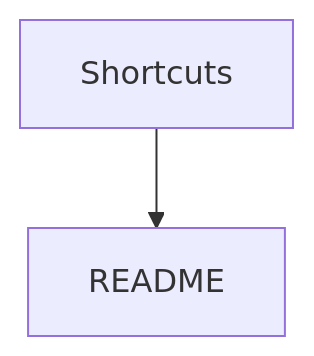
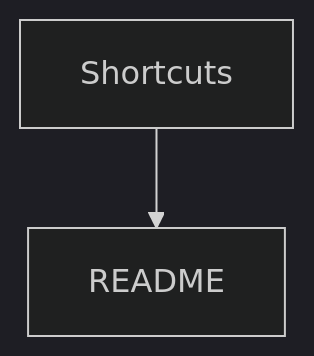
One commit to Ax0l0ti/Uni-Notes changed the third of 3 diagrams in Syncing & Personals/Tips ✨/Format cheat sheet.md. Above: the diagram before and after it, drawn with Mermaid. The commit also changed other lines of this file and 15 other files, not shown here.

````diff
--- a/Syncing & Personals/Tips ✨/Format cheat sheet.md
+++ b/Syncing & Personals/Tips ✨/Format cheat sheet.md
@@ -53,7 +160,8 @@
 ```mermaid
+%%{init: {'theme': 'dark'}}%%
 graph TD
 
 Shortcuts --> README
 
 class Shortcuts,README internal-link;
 ```
````
